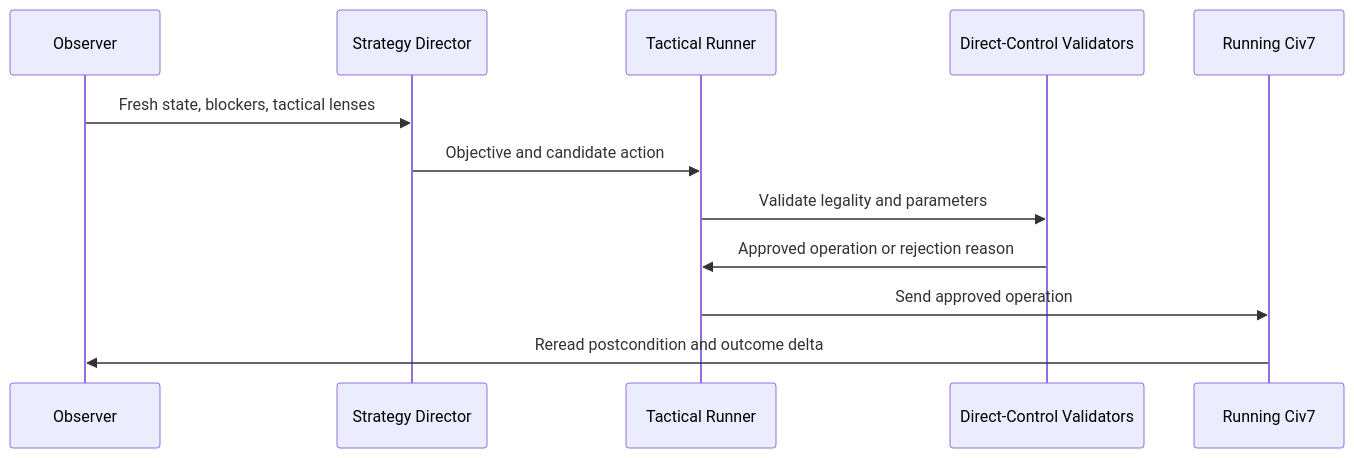
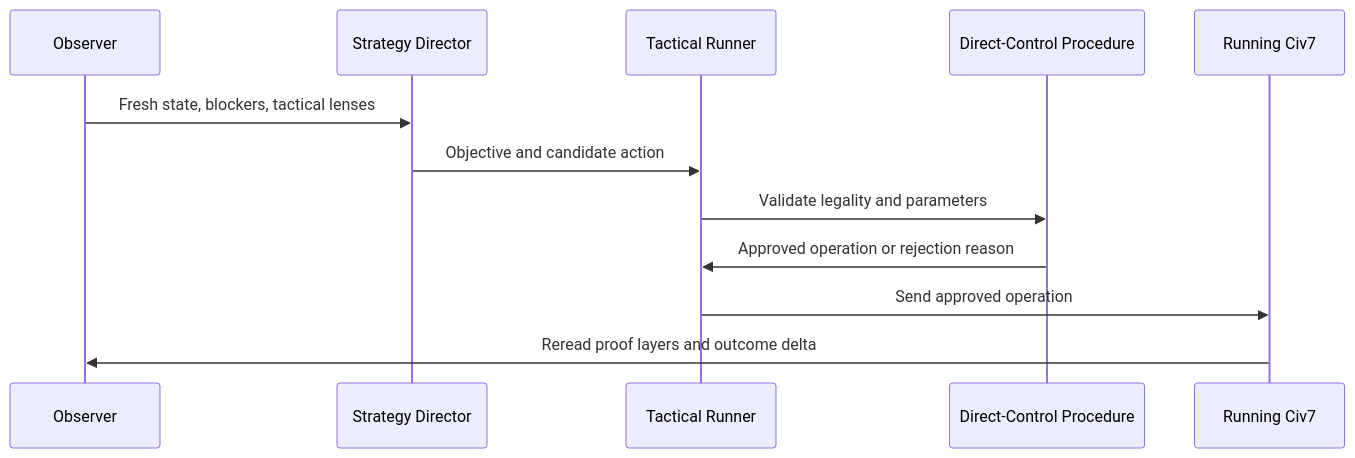
Before and after one commit to mateicanavra/civ7-modding-tools: the third of 4 diagrams in docs/projects/civ7-intelligence-layer/SOLUTION-FRAME.md, drawn with Mermaid. The commit also changed other lines of this file and 19 other files, not shown here.

````diff
--- a/docs/projects/civ7-intelligence-layer/SOLUTION-FRAME.md
+++ b/docs/projects/civ7-intelligence-layer/SOLUTION-FRAME.md
@@ -323,15 +374,15 @@
 ```mermaid
 sequenceDiagram
   participant O as Observer
   participant D as Strategy Director
   participant T as Tactical Runner
-  participant V as Direct-Control Validators
+  participant V as Direct-Control Procedure
   participant G as Running Civ7
 
   O->>D: Fresh state, blockers, tactical lenses
   D->>T: Objective and candidate action
   T->>V: Validate legality and parameters
   V->>T: Approved operation or rejection reason
   T->>G: Send approved operation
-  G->>O: Reread postcondition and outcome delta
+  G->>O: Reread proof layers and outcome delta
 ```
````
